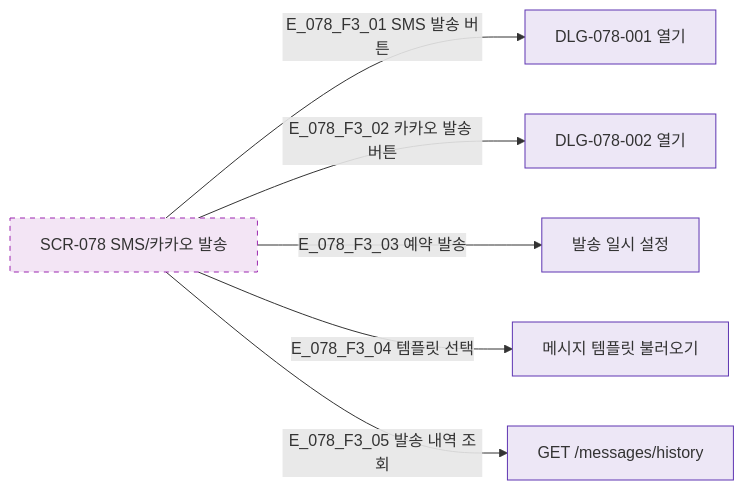
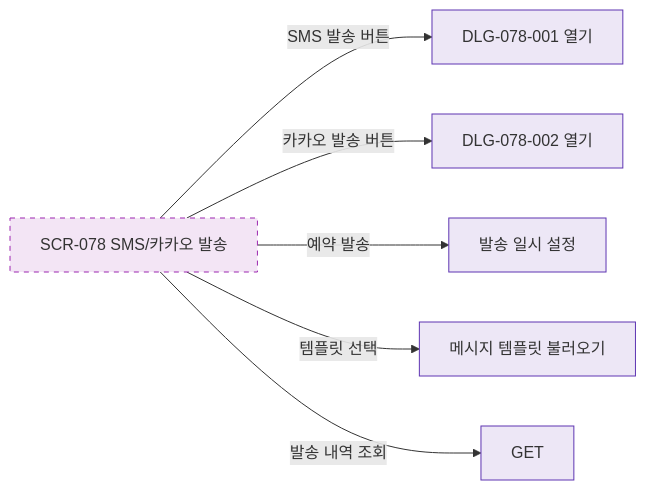
One commit to dev-spogym/admin-pando changed the diagram in docs/다이어그램/D08_마케팅/SCR-078_SMS카카오발송/F3_버튼액션.md. Above: the diagram before and after it, drawn with Mermaid. The commit also changed other lines of this file and 1660 other files, not shown here.

First line of the commit message:
다이어그램: 기획자/클라이언트 납품본으로 정리

````diff
--- a/docs/다이어그램/D08_마케팅/SCR-078_SMS카카오발송/F3_버튼액션.md
+++ b/docs/다이어그램/D08_마케팅/SCR-078_SMS카카오발송/F3_버튼액션.md
@@ -14,16 +12,16 @@
 ```mermaid
 flowchart LR
   SCR_078[SCR-078 SMS/카카오 발송]
 
-  SCR_078 -->|E_078_F3_01 SMS 발송 버튼| BTN_SMS[DLG-078-001 열기]
-  SCR_078 -->|E_078_F3_02 카카오 발송 버튼| BTN_KAKAO[DLG-078-002 열기]
-  SCR_078 -->|E_078_F3_03 예약 발송| BTN_SCHEDULE[발송 일시 설정]
-  SCR_078 -->|E_078_F3_04 템플릿 선택| BTN_TMPL[메시지 템플릿 불러오기]
-  SCR_078 -->|E_078_F3_05 발송 내역 조회| BTN_HISTORY[GET /messages/history]
+  SCR_078 -->|SMS 발송 버튼|BTN_SMS[DLG-078-001 열기]
+  SCR_078 -->|카카오 발송 버튼|BTN_KAKAO[DLG-078-002 열기]
+  SCR_078 -->|예약 발송|BTN_SCHEDULE[발송 일시 설정]
+  SCR_078 -->|템플릿 선택|BTN_TMPL[메시지 템플릿 불러오기]
+  SCR_078 -->|발송 내역 조회|BTN_HISTORY[GET]
 
   classDef newFeature fill:#F3E5F5,stroke:#9C27B0,stroke-dasharray:5 5
-  classDef system     fill:#EDE7F6,stroke:#5E35B2
+  classDef system fill:#EDE7F6,stroke:#5E35B2
 
   class SCR_078 newFeature
   class BTN_SMS,BTN_KAKAO,BTN_SCHEDULE,BTN_TMPL,BTN_HISTORY system
 ```
````
